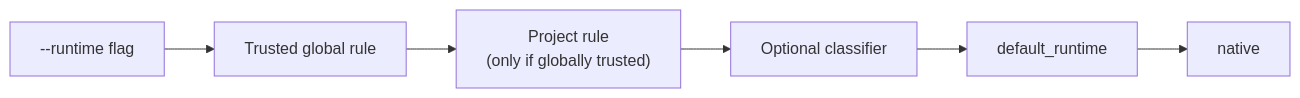
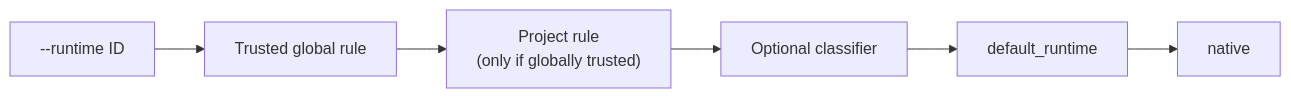
Before and after one commit to Darshan2104/Garuda-openagent: the third of 3 diagrams in docs/use-cases/advanced.md, drawn with Mermaid. The commit also changed other lines of this file and 20 other files, not shown here.

````diff
--- a/docs/use-cases/advanced.md
+++ b/docs/use-cases/advanced.md
@@ -206,4 +210,4 @@
 ```mermaid
 flowchart LR
-  a["--runtime flag"] --> b["Trusted global rule"] --> c["Project rule<br/>(only if globally trusted)"] --> d["Optional classifier"] --> e["default_runtime"] --> f["native"]
+  a["--runtime ID"] --> b["Trusted global rule"] --> c["Project rule<br/>(only if globally trusted)"] --> d["Optional classifier"] --> e["default_runtime"] --> f["native"]
 ```
````
